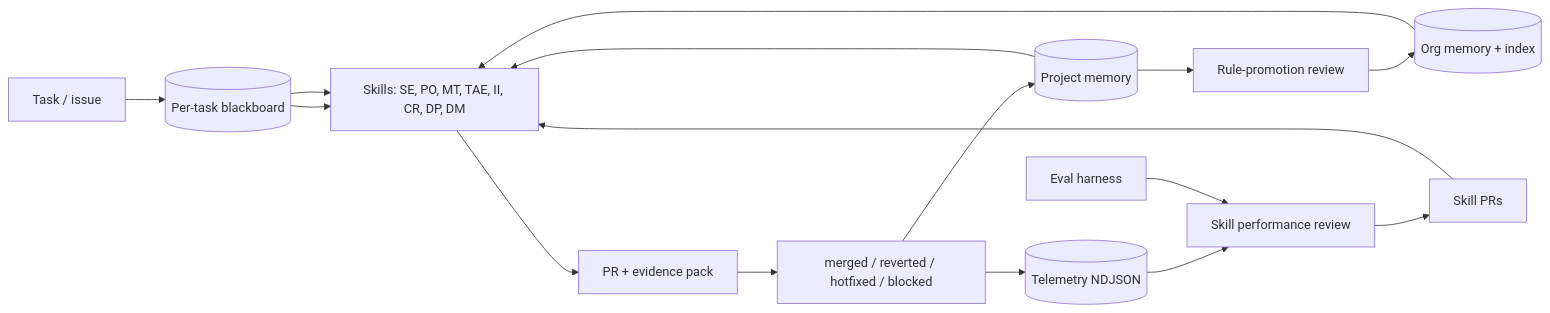
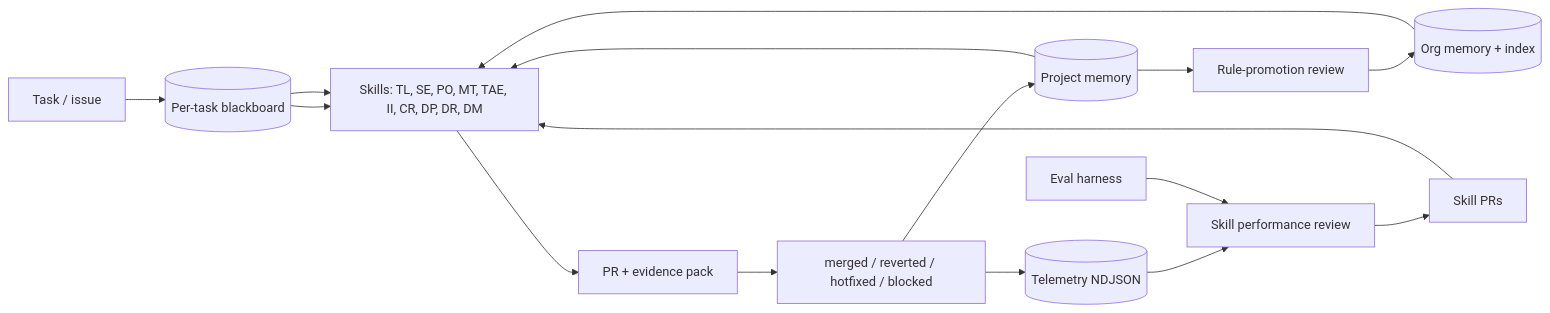
One commit to wamalalawrence/agent-skills changed the diagram in docs/company-brain.md. Above: the diagram before and after it, drawn with Mermaid. The commit also changed other lines of this file and 67 other files, not shown here.

````diff
--- a/docs/company-brain.md
+++ b/docs/company-brain.md
@@ -16,18 +16,18 @@
 ```mermaid
 flowchart LR
   Task[Task / issue] --> Blackboard[(Per-task blackboard)]
-  Blackboard --> Skills[Skills: SE, PO, MT, TAE, II, CR, DP, DM]
+  Blackboard --> Skills[Skills: TL, SE, PO, MT, TAE, II, CR, DP, DR, DM]
   Skills --> Artifacts[PR + evidence pack]
   Artifacts --> Outcome[merged / reverted / hotfixed / blocked]
   Outcome --> ProjectMem[(Project memory)]
   Outcome --> Telemetry[(Telemetry NDJSON)]
   ProjectMem --> Promote[Rule-promotion review]
   Promote --> OrgMem[(Org memory + index)]
   OrgMem --> Skills
   ProjectMem --> Skills
   Blackboard --> Skills
   Telemetry --> SkillReview[Skill performance review]
   SkillReview --> SkillUpdates[Skill PRs]
   SkillUpdates --> Skills
   Evals[Eval harness] --> SkillReview
 ```
````
